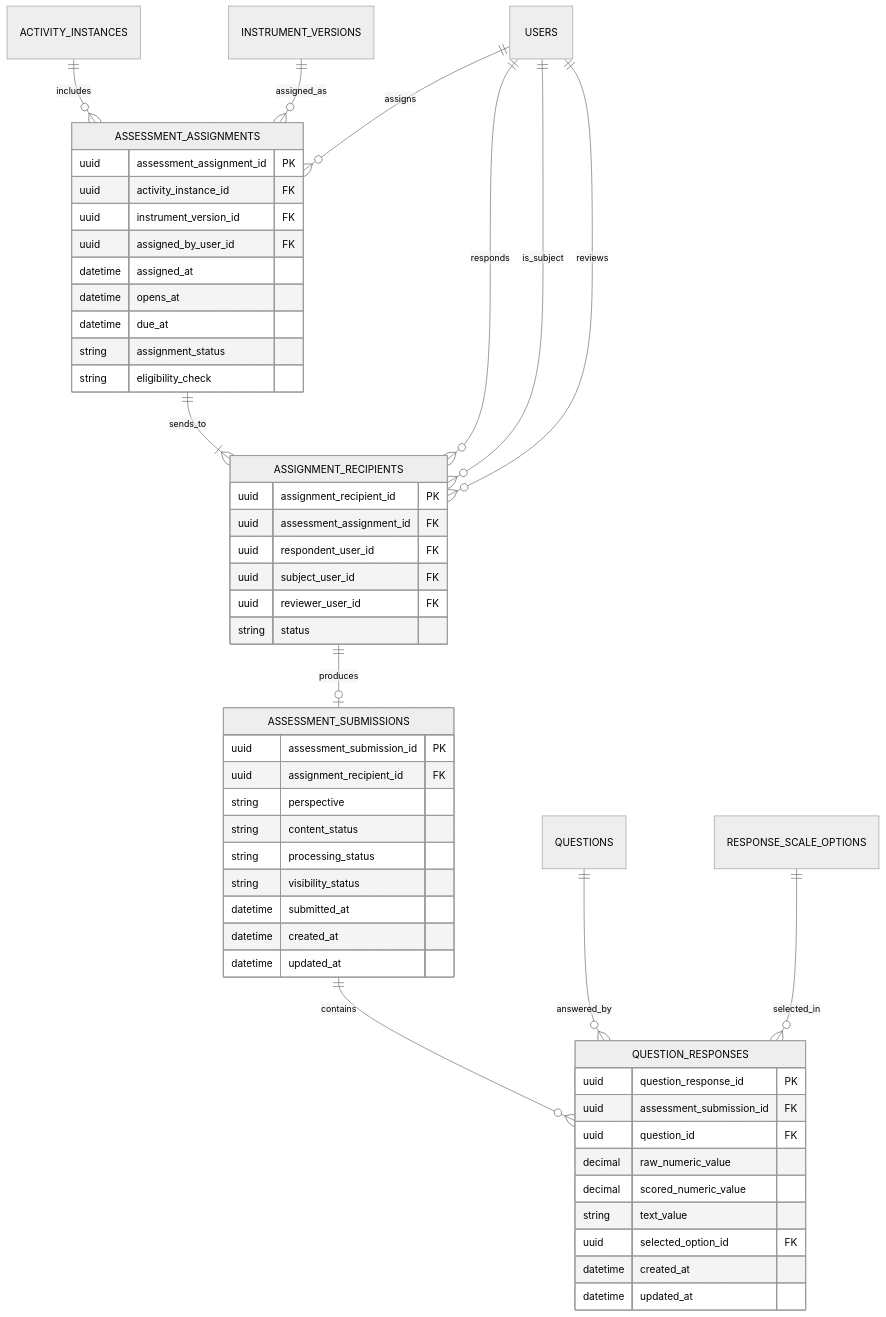
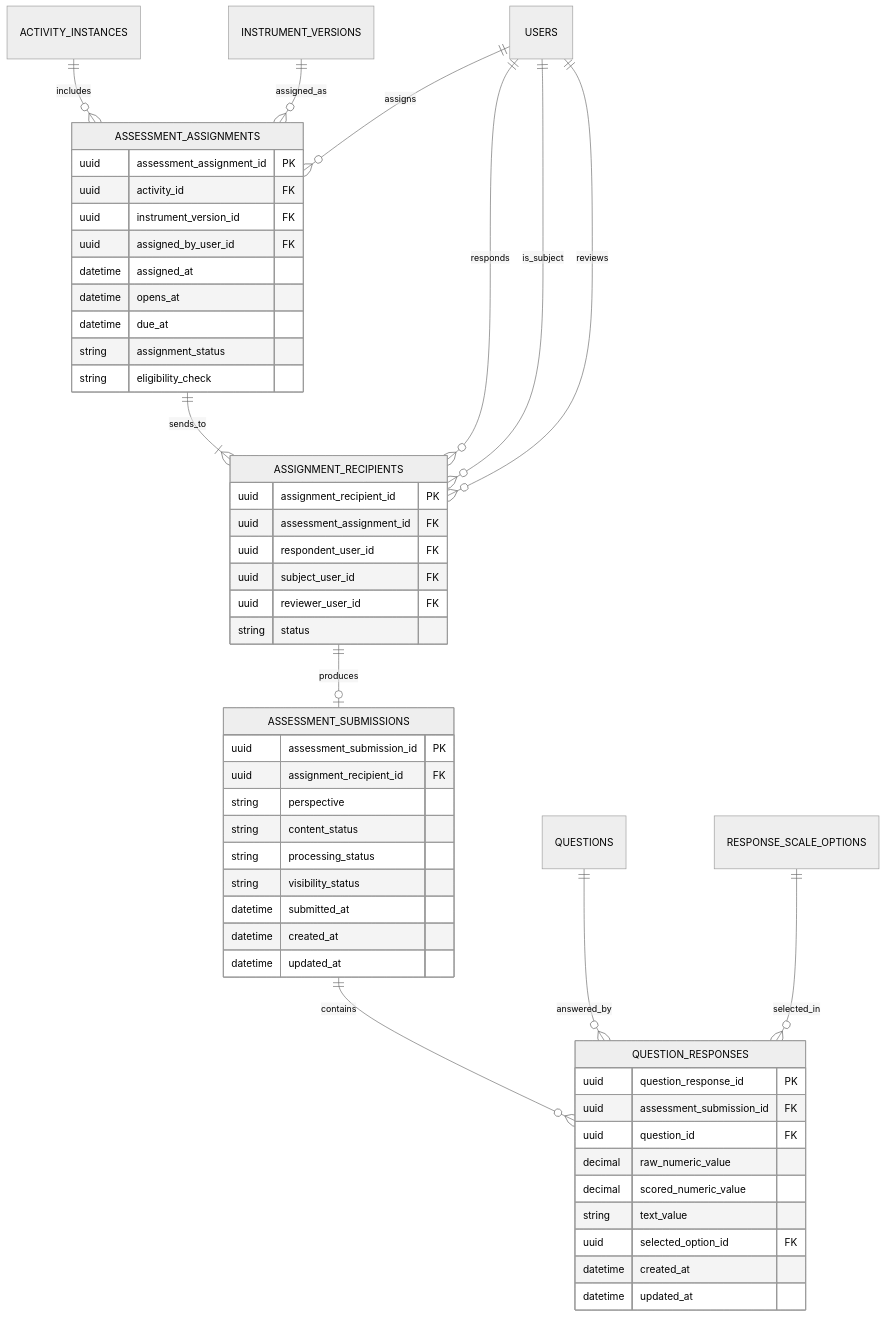
Diagram 20 of 24 in output/English/Core data relationships.md (heison-octopus/testing-port), drawn with Mermaid (neutral theme) before and after one commit. The commit also changed other lines of this file and 117 other files, not shown here.

````diff
--- a/output/English/Core data relationships.md
+++ b/output/English/Core data relationships.md
@@ -1220,61 +1573,61 @@
 ```mermaid
 erDiagram
     ACTIVITY_INSTANCES ||--o{ ASSESSMENT_ASSIGNMENTS : includes
     INSTRUMENT_VERSIONS ||--o{ ASSESSMENT_ASSIGNMENTS : assigned_as
     USERS ||--o{ ASSESSMENT_ASSIGNMENTS : assigns
 
     ASSESSMENT_ASSIGNMENTS ||--|{ ASSIGNMENT_RECIPIENTS : sends_to
     USERS ||--o{ ASSIGNMENT_RECIPIENTS : responds
     USERS ||--o{ ASSIGNMENT_RECIPIENTS : is_subject
     USERS ||--o{ ASSIGNMENT_RECIPIENTS : reviews
 
     ASSIGNMENT_RECIPIENTS ||--o| ASSESSMENT_SUBMISSIONS : produces
     ASSESSMENT_SUBMISSIONS ||--o{ QUESTION_RESPONSES : contains
     QUESTIONS ||--o{ QUESTION_RESPONSES : answered_by
     RESPONSE_SCALE_OPTIONS ||--o{ QUESTION_RESPONSES : selected_in
 
     ASSESSMENT_ASSIGNMENTS {
         uuid assessment_assignment_id PK
-        uuid activity_instance_id FK
+        uuid activity_id FK
         uuid instrument_version_id FK
         uuid assigned_by_user_id FK
         datetime assigned_at
         datetime opens_at
         datetime due_at
         string assignment_status
         string eligibility_check
     }
 
     ASSIGNMENT_RECIPIENTS {
         uuid assignment_recipient_id PK
         uuid assessment_assignment_id FK
         uuid respondent_user_id FK
         uuid subject_user_id FK
         uuid reviewer_user_id FK
         string status
     }
 
     ASSESSMENT_SUBMISSIONS {
         uuid assessment_submission_id PK
         uuid assignment_recipient_id FK
         string perspective
         string content_status
         string processing_status
         string visibility_status
         datetime submitted_at
         datetime created_at
         datetime updated_at
     }
 
     QUESTION_RESPONSES {
         uuid question_response_id PK
         uuid assessment_submission_id FK
         uuid question_id FK
         decimal raw_numeric_value
         decimal scored_numeric_value
         string text_value
         uuid selected_option_id FK
         datetime created_at
         datetime updated_at
     }
 ```
````
